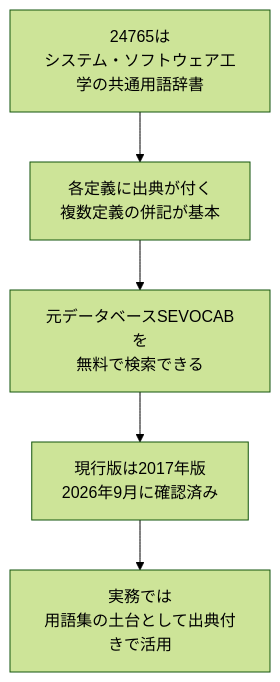
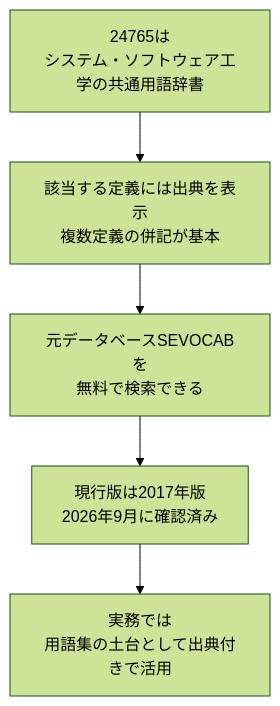
Before and after one commit to myoshi2891/Quality-Assurance-Studies: diagram 13 of 13 in Iso-iec-ieee-24765-2017-guide.md, drawn with Mermaid (forest theme). The commit also changed other lines of this file, not shown here.

````diff
--- a/Iso-iec-ieee-24765-2017-guide.md
+++ b/Iso-iec-ieee-24765-2017-guide.md
@@ -454,7 +454,7 @@
 ```mermaid
 flowchart TB
-    M1["24765は<br/>システム・ソフトウェア工学の共通用語辞書"] --> M2["各定義に出典が付く<br/>複数定義の併記が基本"]
+    M1["24765は<br/>システム・ソフトウェア工学の共通用語辞書"] --> M2["該当する定義には出典を表示<br/>複数定義の併記が基本"]
     M2 --> M3["元データベースSEVOCABを<br/>無料で検索できる"]
     M3 --> M4["現行版は2017年版<br/>2026年9月に確認済み"]
     M4 --> M5["実務では<br/>用語集の土台として出典付きで活用"]
 ```
````
